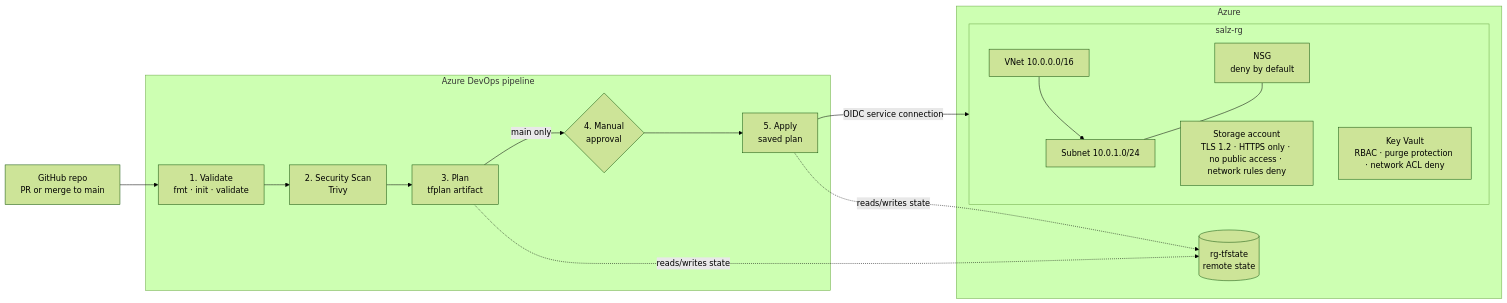
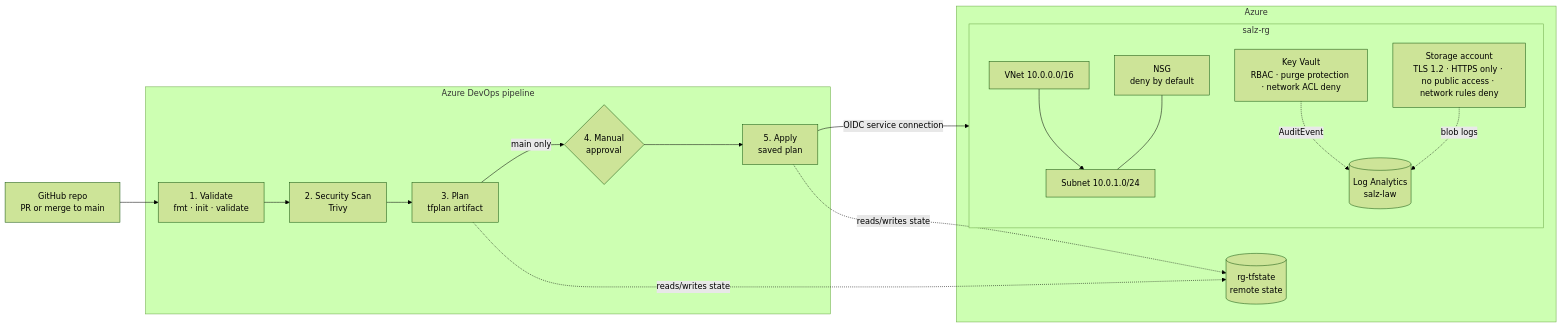
One commit to charles-goodsir/secure-azure-landing-zone changed the diagram in docs/README.md. Above: the diagram before and after it, drawn with Mermaid (forest theme). The commit also changed other lines of this file and 1 other file, not shown here.

````diff
--- a/docs/README.md
+++ b/docs/README.md
@@ -22,26 +22,29 @@
 ```mermaid
 flowchart LR
     GH[GitHub repo<br/>PR or merge to main] --> V
 
     subgraph ADO[Azure DevOps pipeline]
         V[1. Validate<br/>fmt · init · validate] --> S[2. Security Scan<br/>Trivy]
         S --> P[3. Plan<br/>tfplan artifact]
         P -- main only --> A{4. Manual<br/>approval}
         A --> AP[5. Apply<br/>saved plan]
     end
 
     AP -- OIDC service connection --> RG
 
     subgraph Azure
         TS[(rg-tfstate<br/>remote state)]
         subgraph RG[salz-rg]
             VNET[VNet 10.0.0.0/16] --> SN[Subnet 10.0.1.0/24]
             NSG[NSG<br/>deny by default] --- SN
             ST[Storage account<br/>TLS 1.2 · HTTPS only · no public access · network rules deny]
             KV[Key Vault<br/>RBAC · purge protection · network ACL deny]
+            LAW[(Log Analytics<br/>salz-law)]
+            KV -. AuditEvent .-> LAW
+            ST -. blob logs .-> LAW
         end
     end
 
     P -. reads/writes state .-> TS
     AP -. reads/writes state .-> TS
 ```
````
